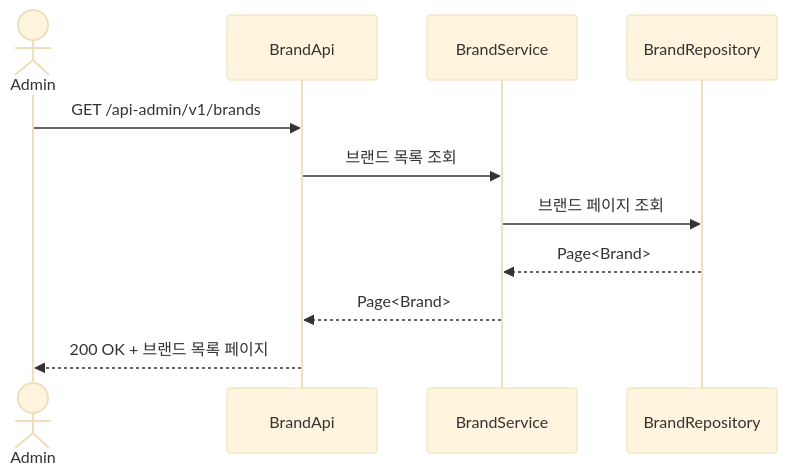
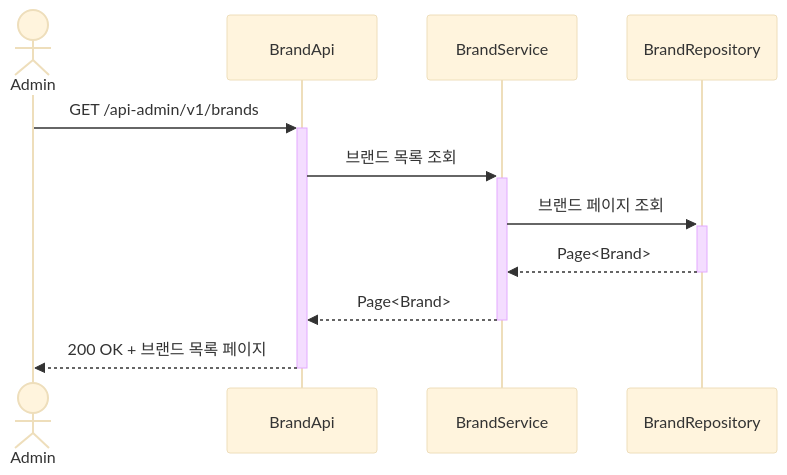
Before and after one commit to Loopers-dev-lab/loop-pack-be-l2-vol3-java: the fourth of 23 diagrams in .docs/design/02-sequence-diagrams.md, drawn with Mermaid (base theme). The commit also changed other lines of this file, not shown here.

Commit message:
docs: 시퀀스 다이어그램에 액티베이션바 추가

````diff
--- a/.docs/design/02-sequence-diagrams.md
+++ b/.docs/design/02-sequence-diagrams.md
@@ -159,14 +163,14 @@
 ```mermaid
 sequenceDiagram
     actor Admin
     participant BrandApi
     participant BrandService
     participant BrandRepository
 
-    Admin ->> BrandApi: GET /api-admin/v1/brands
-    BrandApi ->> BrandService: 브랜드 목록 조회
-    BrandService ->> BrandRepository: 브랜드 페이지 조회
-    BrandRepository -->> BrandService: Page<Brand>
-    BrandService -->> BrandApi: Page<Brand>
-    BrandApi -->> Admin: 200 OK + 브랜드 목록 페이지
+    Admin ->>+ BrandApi: GET /api-admin/v1/brands
+    BrandApi ->>+ BrandService: 브랜드 목록 조회
+    BrandService ->>+ BrandRepository: 브랜드 페이지 조회
+    BrandRepository -->>- BrandService: Page<Brand>
+    BrandService -->>- BrandApi: Page<Brand>
+    BrandApi -->>- Admin: 200 OK + 브랜드 목록 페이지
 ```
````
